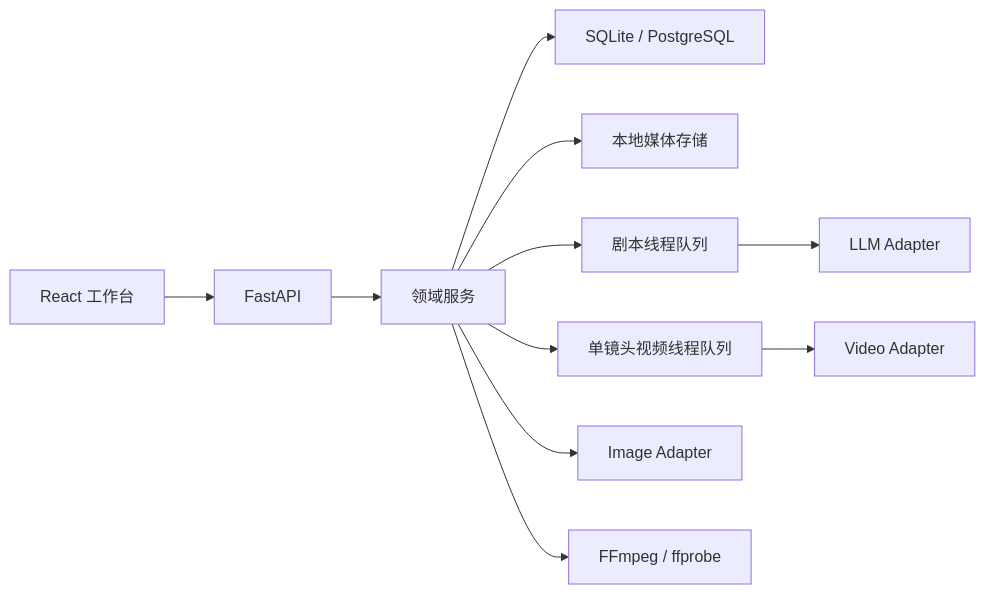
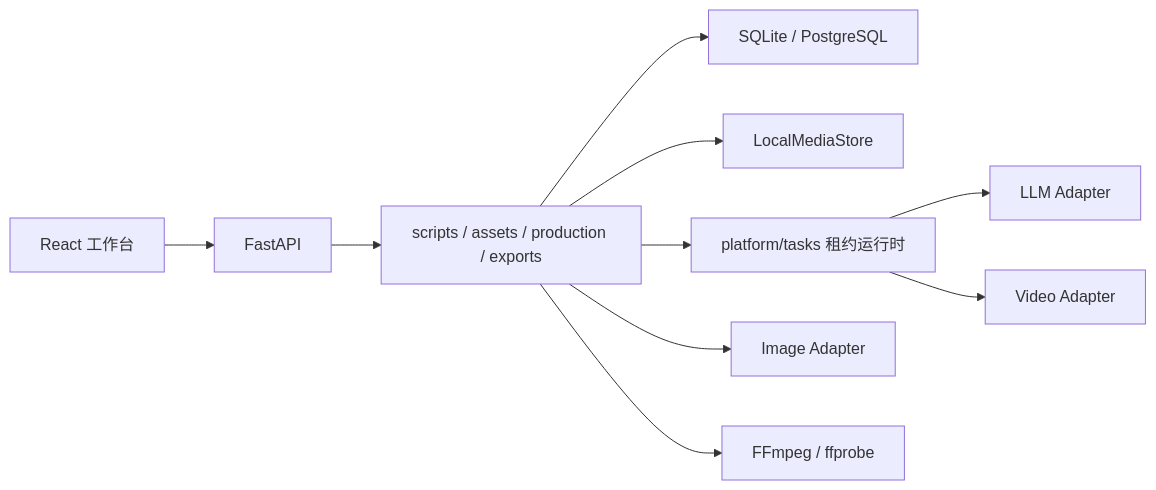
Before and after one commit to xkm1652262991/VerbaScene: the diagram in docs/21-current-architecture.md, drawn with Mermaid. The commit also changed other lines of this file and 74 other files, not shown here.

````diff
--- a/docs/21-current-architecture.md
+++ b/docs/21-current-architecture.md
@@ -7,13 +7,12 @@
 ```mermaid
 flowchart LR
   WEB["React 工作台"] --> API["FastAPI"]
-  API --> SERVICES["领域服务"]
+  API --> SERVICES["scripts / assets / production / exports"]
   SERVICES --> DB["SQLite / PostgreSQL"]
-  SERVICES --> STORAGE["本地媒体存储"]
-  SERVICES --> SCRIPTQ["剧本线程队列"]
-  SERVICES --> VIDEOQ["单镜头视频线程队列"]
-  SCRIPTQ --> LLM["LLM Adapter"]
-  VIDEOQ --> VIDEO["Video Adapter"]
+  SERVICES --> STORAGE["LocalMediaStore"]
+  SERVICES --> TASKS["platform/tasks 租约运行时"]
+  TASKS --> LLM["LLM Adapter"]
+  TASKS --> VIDEO["Video Adapter"]
   SERVICES --> IMAGE["Image Adapter"]
   SERVICES --> FFMPEG["FFmpeg / ffprobe"]
 ```
````
